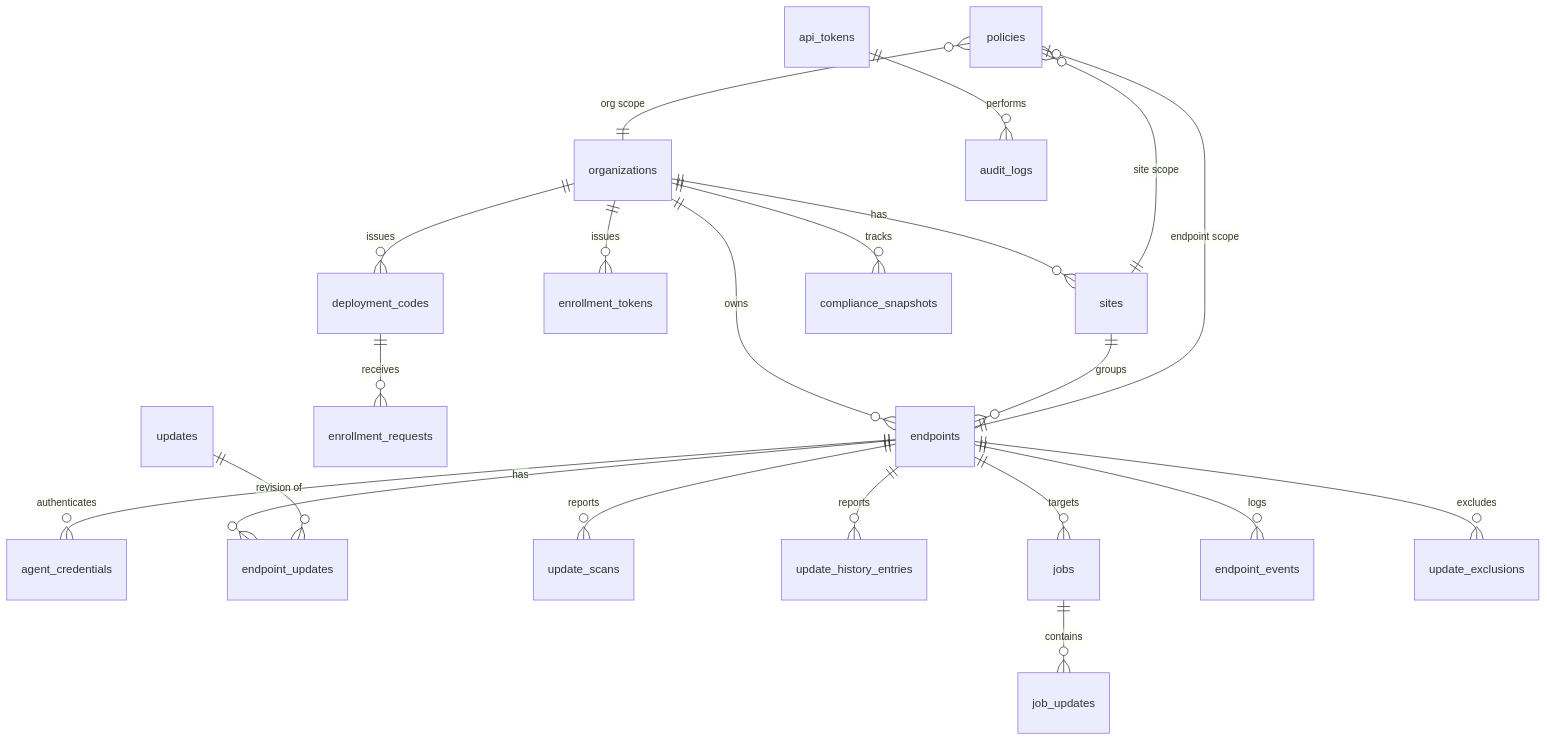
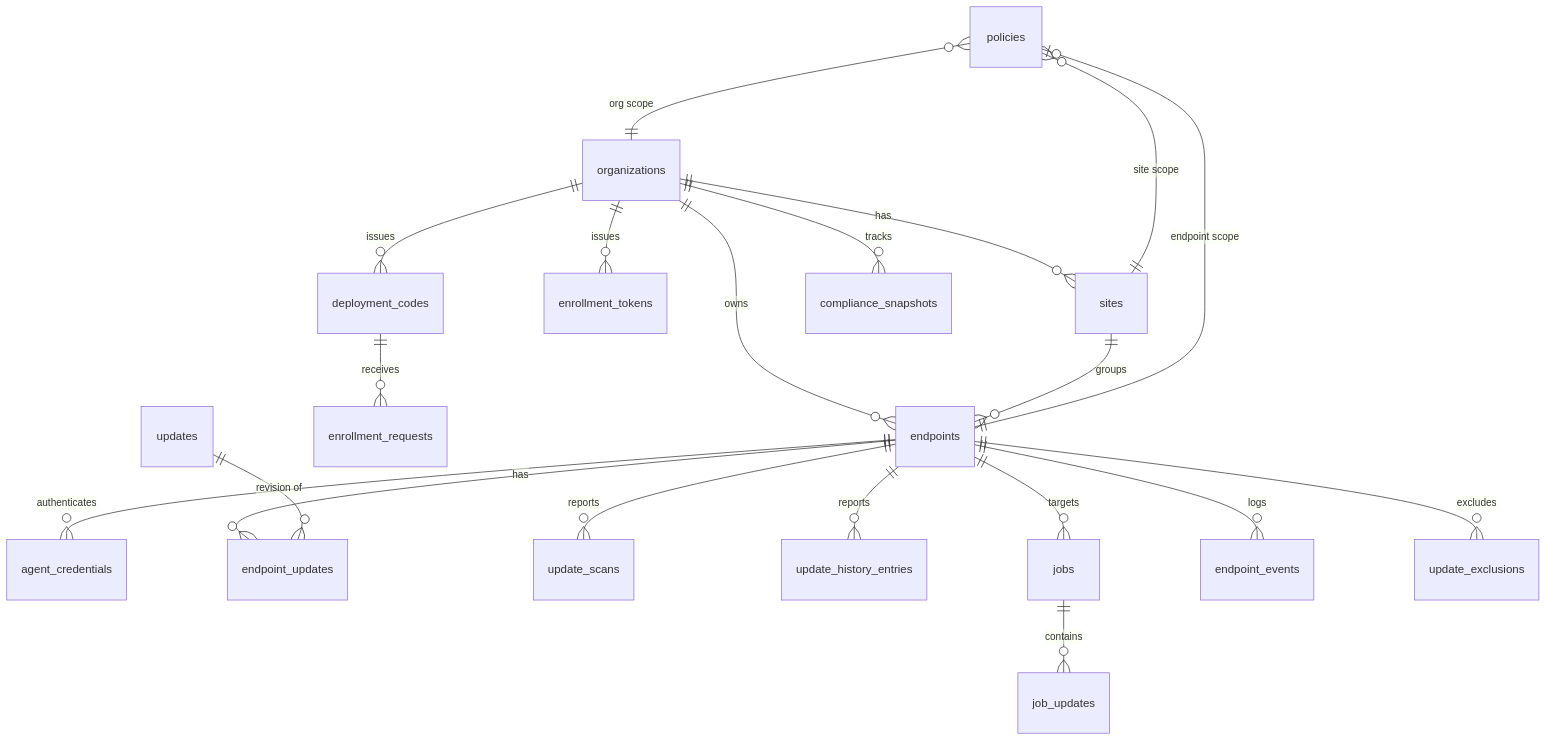
The diagram in easypatch/docs/architecture.md (paulmataruso/EasyRMM), drawn with Mermaid before and after one commit. The commit also changed other lines of this file and 29 other files, not shown here.

````diff
--- a/easypatch/docs/architecture.md
+++ b/easypatch/docs/architecture.md
@@ -80,23 +80,22 @@
 ```mermaid
 erDiagram
     organizations ||--o{ sites : has
     organizations ||--o{ endpoints : owns
     sites ||--o{ endpoints : groups
     organizations ||--o{ enrollment_tokens : issues
     organizations ||--o{ deployment_codes : issues
     deployment_codes ||--o{ enrollment_requests : receives
     endpoints ||--o{ agent_credentials : authenticates
     endpoints ||--o{ endpoint_updates : has
     updates ||--o{ endpoint_updates : "revision of"
     endpoints ||--o{ update_scans : reports
     endpoints ||--o{ update_history_entries : reports
     endpoints ||--o{ jobs : targets
     jobs ||--o{ job_updates : contains
     endpoints ||--o{ endpoint_events : logs
     endpoints ||--o{ update_exclusions : excludes
     policies }o--|| organizations : "org scope"
     policies }o--|| sites : "site scope"
     policies |o--|| endpoints : "endpoint scope"
-    api_tokens ||--o{ audit_logs : performs
     organizations ||--o{ compliance_snapshots : tracks
 ```
````
